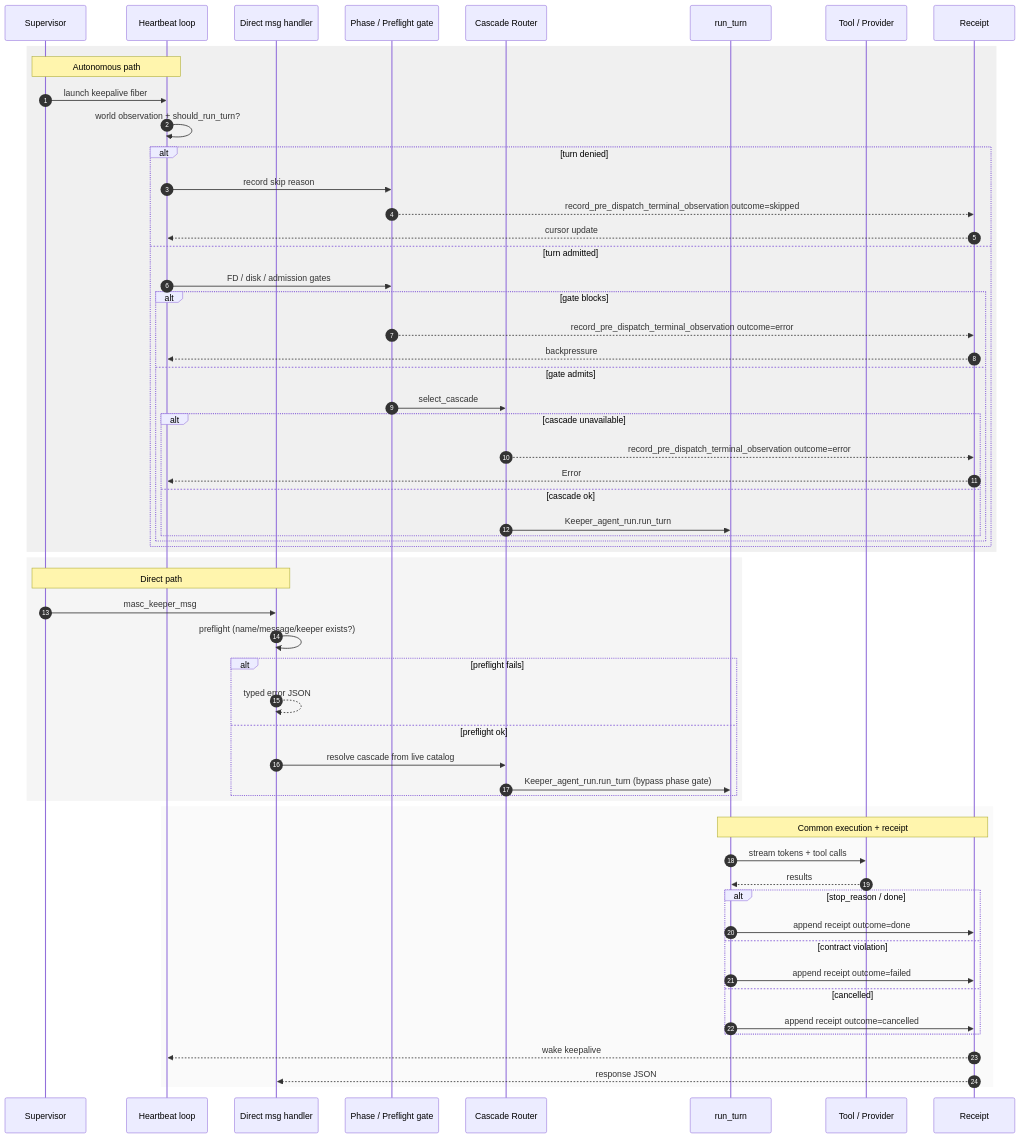
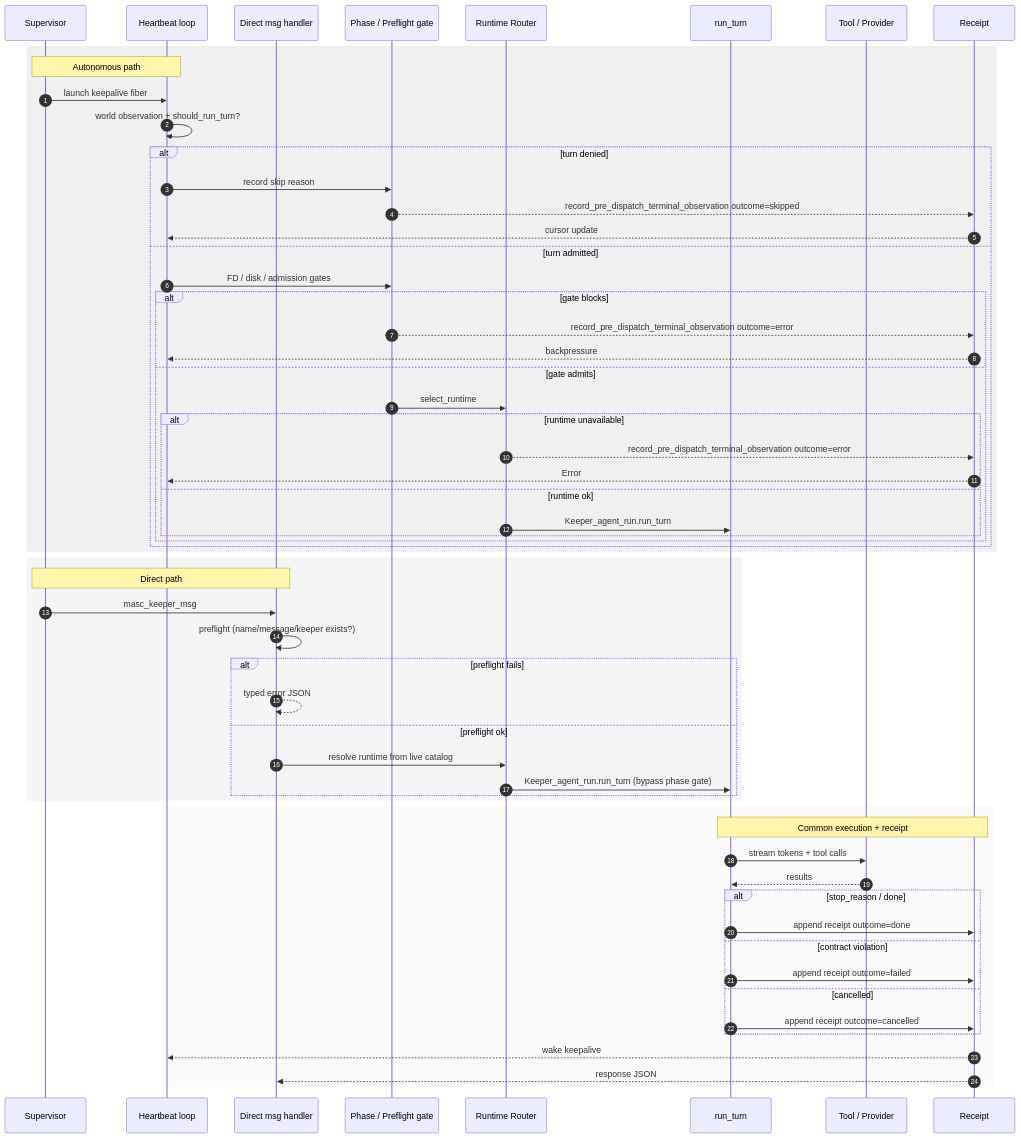
The fourth of 5 diagrams in docs/keeper-turn-lifecycle.md (jeong-sik/masc), drawn with Mermaid before and after one commit. The commit also changed other lines of this file and 1195 other files, not shown here.

````diff
--- a/docs/keeper-turn-lifecycle.md
+++ b/docs/keeper-turn-lifecycle.md
@@ -110,64 +110,64 @@
 ```mermaid
 sequenceDiagram
     autonumber
     participant S as Supervisor
     participant H as Heartbeat loop
     participant D as Direct msg handler
     participant P as Phase / Preflight gate
-    participant C as Cascade Router
+    participant C as Runtime Router
     participant R as run_turn
     participant T as Tool / Provider
     participant E as Receipt
 
     rect rgb(240,240,240)
         Note over S,H: Autonomous path
         S->>H: launch keepalive fiber
         H->>H: world observation + should_run_turn?
         alt turn denied
             H->>P: record skip reason
             P-->>E: record_pre_dispatch_terminal_observation outcome=skipped
             E-->>H: cursor update
         else turn admitted
             H->>P: FD / disk / admission gates
             alt gate blocks
                 P-->>E: record_pre_dispatch_terminal_observation outcome=error
                 E-->>H: backpressure
             else gate admits
-                P->>C: select_cascade
-                alt cascade unavailable
+                P->>C: select_runtime
+                alt runtime unavailable
                     C-->>E: record_pre_dispatch_terminal_observation outcome=error
                     E-->>H: Error
-                else cascade ok
+                else runtime ok
                     C->>R: Keeper_agent_run.run_turn
                 end
             end
         end
     end
 
     rect rgb(245,245,245)
         Note over S,D: Direct path
         S->>D: masc_keeper_msg
         D->>D: preflight (name/message/keeper exists?)
         alt preflight fails
             D-->>D: typed error JSON
         else preflight ok
-            D->>C: resolve cascade from live catalog
+            D->>C: resolve runtime from live catalog
             C->>R: Keeper_agent_run.run_turn (bypass phase gate)
         end
     end
 
     rect rgb(250,250,250)
         Note over R,E: Common execution + receipt
         R->>T: stream tokens + tool calls
         T-->>R: results
         alt stop_reason / done
             R->>E: append receipt outcome=done
         else contract violation
             R->>E: append receipt outcome=failed
         else cancelled
             R->>E: append receipt outcome=cancelled
         end
         E-->>H: wake keepalive
         E-->>D: response JSON
     end
 ```
````
